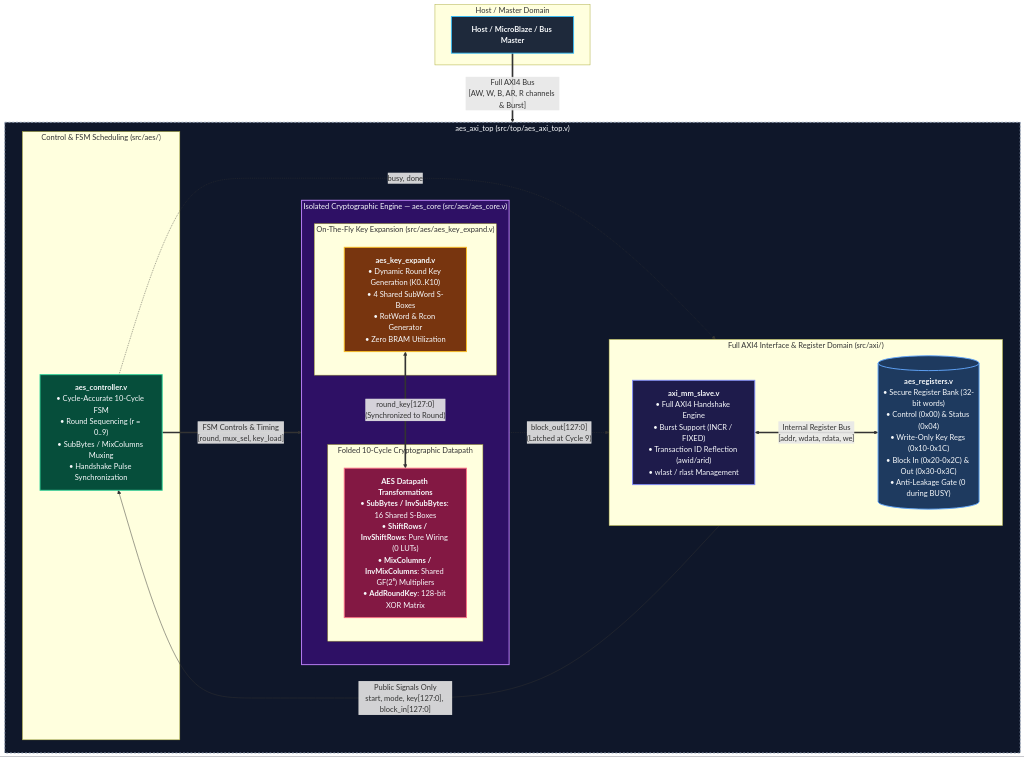
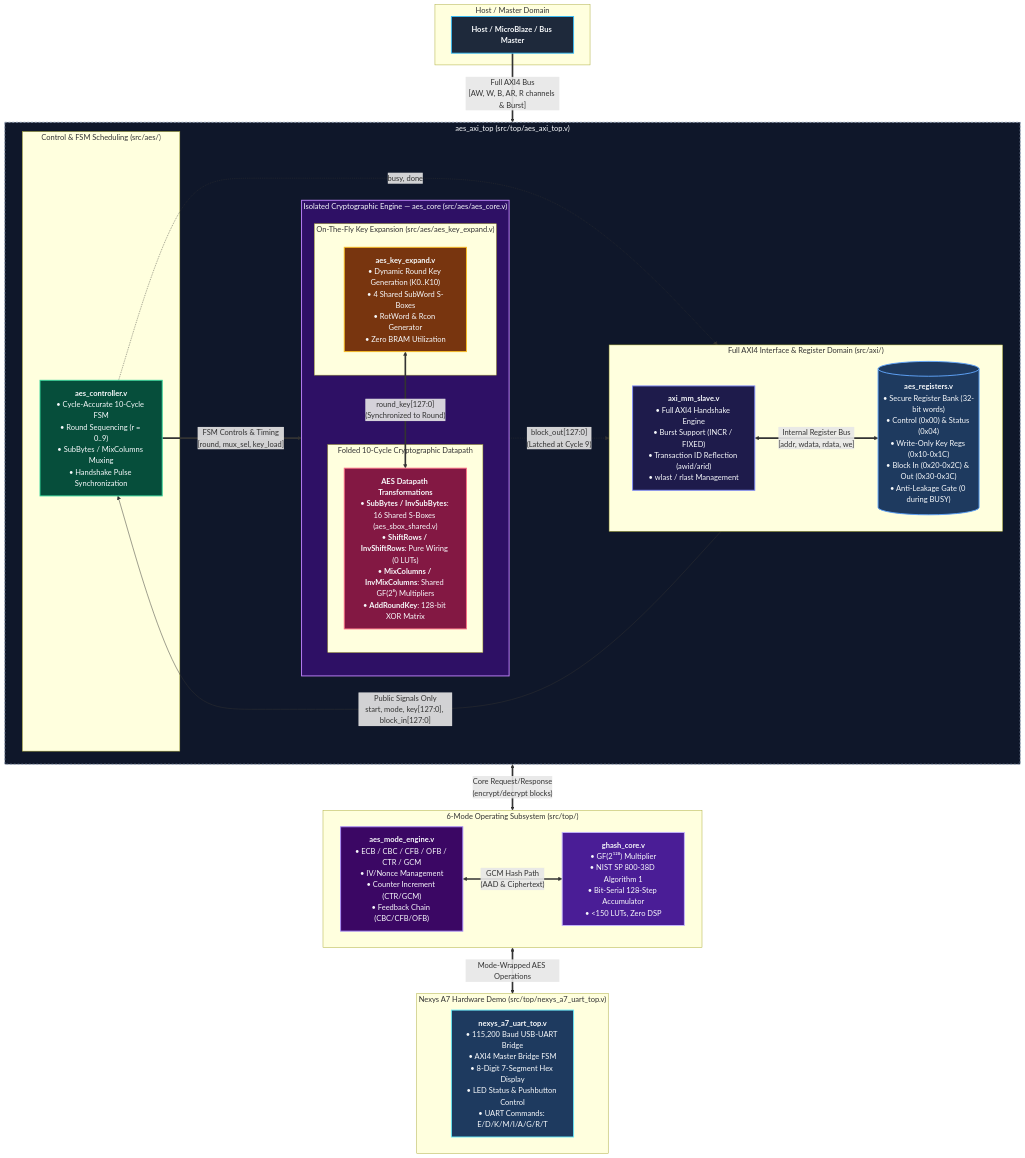
Before and after one commit to SudarsanamR/Veltraxx-26: the diagram in docs/architecture.md, drawn with Mermaid. The commit also changed other lines of this file and 7 other files, not shown here.

````diff
--- a/docs/architecture.md
+++ b/docs/architecture.md
@@ -21,53 +22,71 @@
 ```mermaid
 flowchart TD
     %% Styling Classes
     classDef hostStyle fill:#1e293b,stroke:#38bdf8,stroke-width:2px,color:#f8fafc;
     classDef axiStyle fill:#1e1b4b,stroke:#818cf8,stroke-width:2px,color:#f8fafc;
     classDef regStyle fill:#1e3a5f,stroke:#60a5fa,stroke-width:2px,color:#f8fafc;
     classDef ctrlStyle fill:#064e3b,stroke:#34d399,stroke-width:2px,color:#f8fafc;
     classDef cryptoStyle fill:#831843,stroke:#fb7185,stroke-width:2px,color:#f8fafc;
     classDef keyStyle fill:#78350f,stroke:#fbbf24,stroke-width:2px,color:#f8fafc;
+    classDef modeStyle fill:#3b0764,stroke:#a78bfa,stroke-width:2px,color:#f8fafc;
+    classDef ghashStyle fill:#4a1d96,stroke:#c4b5fd,stroke-width:2px,color:#f8fafc;
+    classDef demoStyle fill:#1e3a5f,stroke:#67e8f9,stroke-width:2px,color:#f8fafc;
 
     subgraph HOST_DOMAIN ["Host / Master Domain"]
         HOST["<b>Host / MicroBlaze / Bus Master</b>"]:::hostStyle
     end
 
     HOST == "Full AXI4 Bus<br/>[AW, W, B, AR, R channels &amp; Burst]" ==> TOP
 
     subgraph TOP ["aes_axi_top (src/top/aes_axi_top.v)"]
         
         subgraph INTERFACE_LAYER ["Full AXI4 Interface &amp; Register Domain (src/axi/)"]
             direction LR
             AXI_SLAVE["<b>axi_mm_slave.v</b><br/>• Full AXI4 Handshake Engine<br/>• Burst Support (INCR / FIXED)<br/>• Transaction ID Reflection (awid/arid)<br/>• wlast / rlast Management"]:::axiStyle
             REG_BANK[("<b>aes_registers.v</b><br/>• Secure Register Bank (32-bit words)<br/>• Control (0x00) &amp; Status (0x04)<br/>• Write-Only Key Regs (0x10-0x1C)<br/>• Block In (0x20-0x2C) &amp; Out (0x30-0x3C)<br/>• Anti-Leakage Gate (0 during BUSY)")]:::regStyle
             AXI_SLAVE <== "Internal Register Bus<br/>[addr, wdata, rdata, we]" ==> REG_BANK
         end
 
         subgraph CONTROL_LAYER ["Control &amp; FSM Scheduling (src/aes/)"]
             AES_CTRL["<b>aes_controller.v</b><br/>• Cycle-Accurate 10-Cycle FSM<br/>• Round Sequencing (r = 0..9)<br/>• SubBytes / MixColumns Muxing<br/>• Handshake Pulse Synchronization"]:::ctrlStyle
         end
 
         REG_BANK -- "Public Signals Only<br/>start, mode, key[127:0], block_in[127:0]" --> AES_CTRL
         AES_CTRL -. "busy, done" .-> REG_BANK
 
         subgraph CORE_LAYER ["Isolated Cryptographic Engine — aes_core (src/aes/aes_core.v)"]
             direction TB
             
             subgraph KEY_EXP_BLOCK ["On-The-Fly Key Expansion (src/aes/aes_key_expand.v)"]
                 KEY_EXP["<b>aes_key_expand.v</b><br/>• Dynamic Round Key Generation (K0..K10)<br/>• 4 Shared SubWord S-Boxes<br/>• RotWord &amp; Rcon Generator<br/>• Zero BRAM Utilization"]:::keyStyle
             end
 
             subgraph DATAPATH_BLOCK ["Folded 10-Cycle Cryptographic Datapath"]
-                DATAPATH["<b>AES Datapath Transformations</b><br/>• <b>SubBytes / InvSubBytes</b>: 16 Shared S-Boxes<br/>• <b>ShiftRows / InvShiftRows</b>: Pure Wiring (0 LUTs)<br/>• <b>MixColumns / InvMixColumns</b>: Shared GF(2⁸) Multipliers<br/>• <b>AddRoundKey</b>: 128-bit XOR Matrix"]:::cryptoStyle
+                DATAPATH["<b>AES Datapath Transformations</b><br/>• <b>SubBytes / InvSubBytes</b>: 16 Shared S-Boxes (aes_sbox_shared.v)<br/>• <b>ShiftRows / InvShiftRows</b>: Pure Wiring (0 LUTs)<br/>• <b>MixColumns / InvMixColumns</b>: Shared GF(2⁸) Multipliers<br/>• <b>AddRoundKey</b>: 128-bit XOR Matrix"]:::cryptoStyle
             end
 
             KEY_EXP <== "round_key[127:0]<br/>(Synchronized to Round)" ==> DATAPATH
         end
 
         AES_CTRL == "FSM Controls &amp; Timing<br/>[round, mux_sel, key_load]" ==> CORE_LAYER
         CORE_LAYER -. "block_out[127:0]<br/>(Latched at Cycle 9)" .-> REG_BANK
     end
 
+    subgraph MODE_LAYER ["6-Mode Operating Subsystem (src/top/)"]
+        direction LR
+        MODE_ENG["<b>aes_mode_engine.v</b><br/>• ECB / CBC / CFB / OFB / CTR / GCM<br/>• IV/Nonce Management<br/>• Counter Increment (CTR/GCM)<br/>• Feedback Chain (CBC/CFB/OFB)"]:::modeStyle
+        GHASH["<b>ghash_core.v</b><br/>• GF(2¹²⁸) Multiplier<br/>• NIST SP 800-38D Algorithm 1<br/>• Bit-Serial 128-Step Accumulator<br/>• &lt;150 LUTs, Zero DSP"]:::ghashStyle
+        MODE_ENG <== "GCM Hash Path<br/>(AAD &amp; Ciphertext)" ==> GHASH
+    end
+
+    TOP <== "Core Request/Response<br/>(encrypt/decrypt blocks)" ==> MODE_LAYER
+
+    subgraph DEMO_LAYER ["Nexys A7 Hardware Demo (src/top/nexys_a7_uart_top.v)"]
+        UART_DEMO["<b>nexys_a7_uart_top.v</b><br/>• 115,200 Baud USB-UART Bridge<br/>• AXI4 Master Bridge FSM<br/>• 8-Digit 7-Segment Hex Display<br/>• LED Status &amp; Pushbutton Control<br/>• UART Commands: E/D/K/M/I/A/G/R/T"]:::demoStyle
+    end
+
+    MODE_LAYER <== "Mode-Wrapped AES Operations" ==> DEMO_LAYER
+
     style TOP fill:#0f172a,stroke:#94a3b8,stroke-width:2px,stroke-dasharray: 4 4,color:#f8fafc
     style CORE_LAYER fill:#2e1065,stroke:#c084fc,stroke-width:2px,color:#f8fafc
 ```
````
